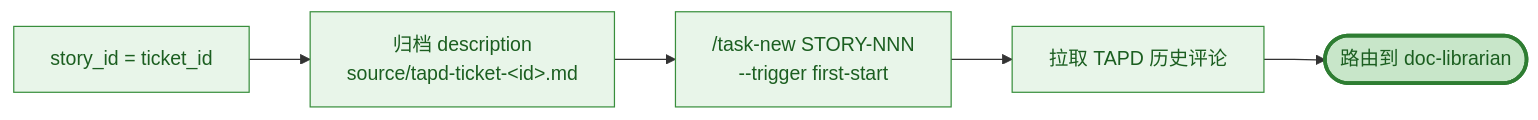
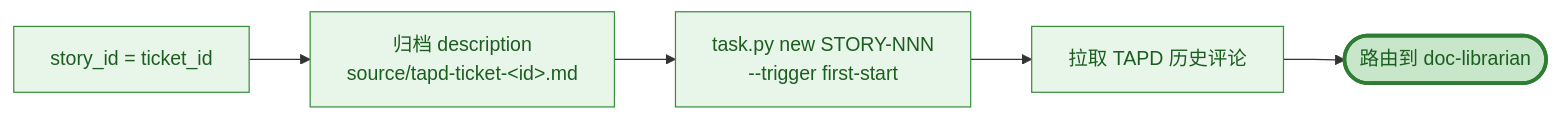
One commit to dd-xiaozhi/dev-agent-flow changed the fourth of 14 diagrams in README.md. Above: the diagram before and after it, drawn with Mermaid. The commit also changed other lines of this file and 2 other files, not shown here.

````diff
--- a/README.md
+++ b/README.md
@@ -177,13 +183,13 @@
 ```mermaid
 flowchart LR
     A1[story_id = ticket_id] --> A2[归档 description<br/>source/tapd-ticket-&lt;id&gt;.md]
-    A2 --> A3["/task-new STORY-NNN<br/>--trigger first-start"]
+    A2 --> A3["task.py new STORY-NNN<br/>--trigger first-start"]
     A3 --> A4[拉取 TAPD 历史评论]
     A4 --> A5([路由到 doc-librarian])
 
     classDef action fill:#e8f5e9,stroke:#388e3c,stroke-width:1px,color:#1b5e20
     classDef done fill:#c8e6c9,stroke:#2e7d32,stroke-width:3px,color:#1b5e20
 
     class A1,A2,A3,A4 action
     class A5 done
 ```
````
